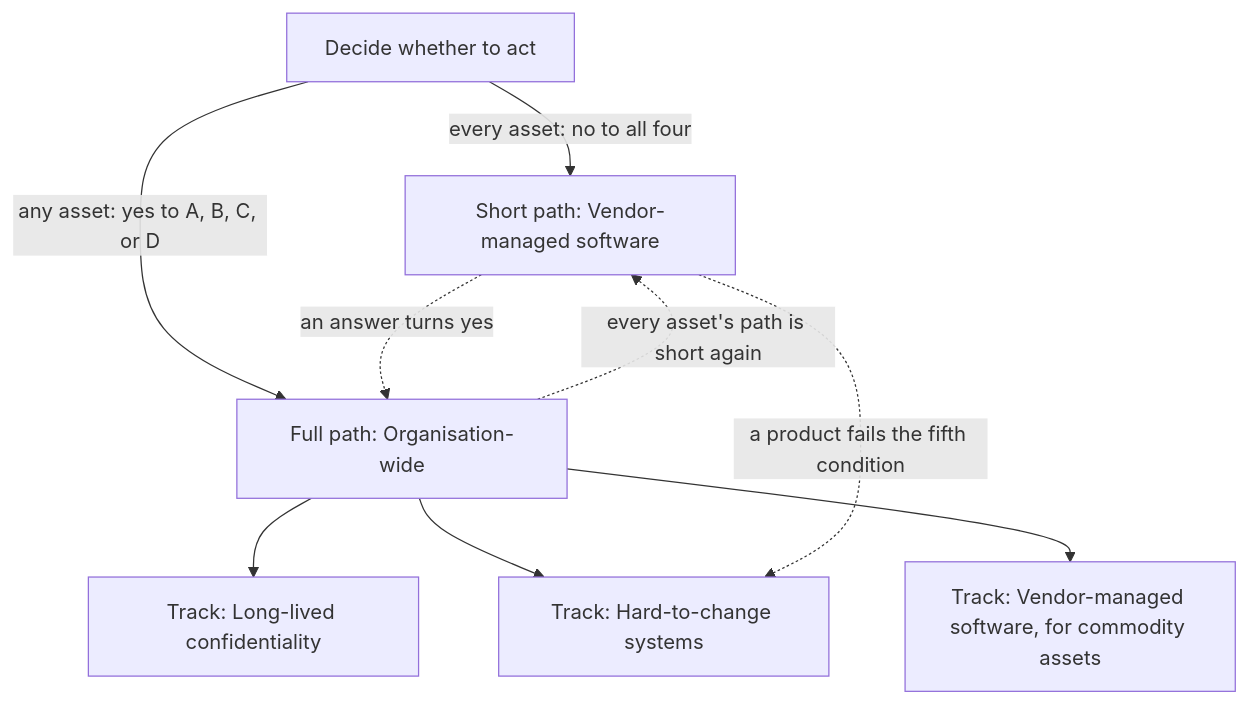
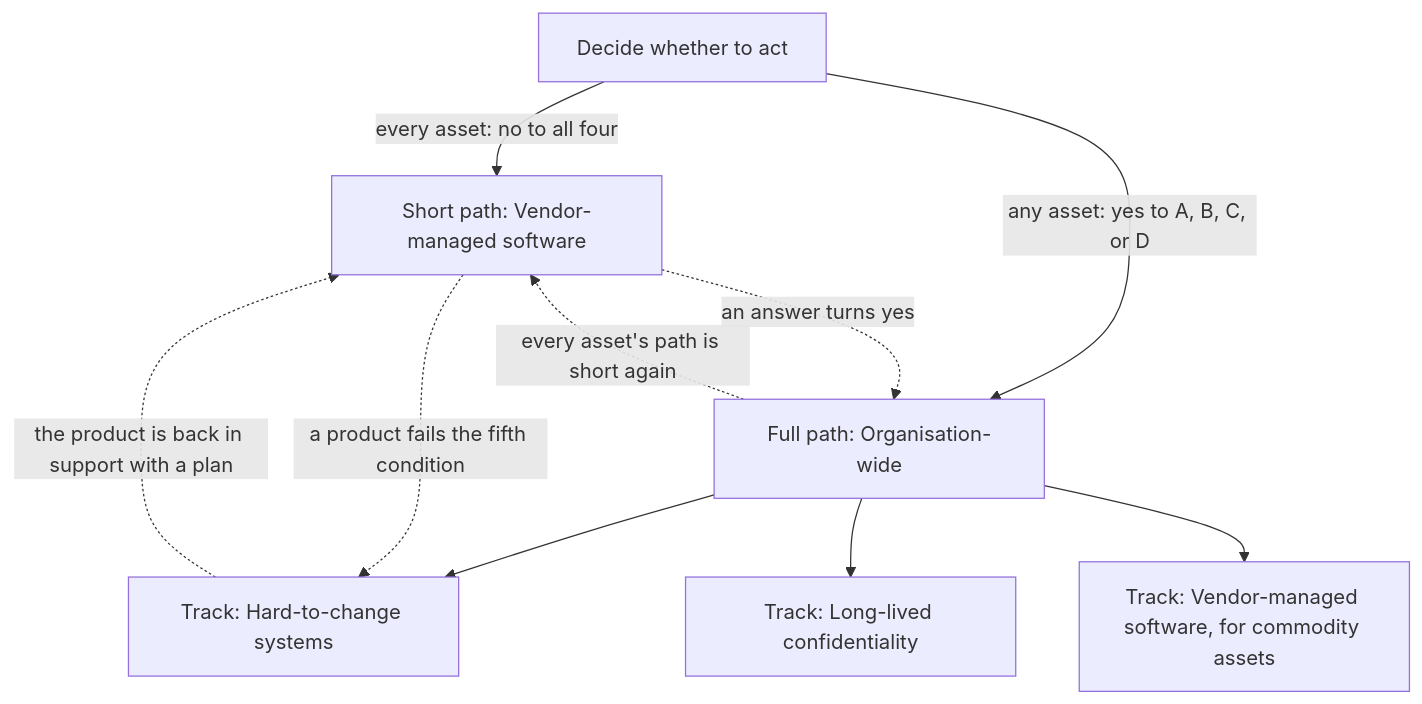
One commit to pqc-community/handbook changed the diagram in docs/routes/index.md. Above: the diagram before and after it, drawn with Mermaid. The commit also changed other lines of this file and 7 other files, not shown here.

````diff
--- a/docs/routes/index.md
+++ b/docs/routes/index.md
@@ -17,11 +17,12 @@
 ```mermaid
 flowchart TD
     D[Decide whether to act] -->|every asset: no to all four| S[Short path: Vendor-managed software]
     D -->|any asset: yes to A, B, C, or D| O[Full path: Organisation-wide]
     O --> LL[Track: Long-lived confidentiality]
     O --> HC[Track: Hard-to-change systems]
     O --> VM[Track: Vendor-managed software, for commodity assets]
     S -.->|an answer turns yes| O
     S -.->|a product fails the fifth condition| HC
+    HC -.->|the product is back in support with a plan| S
     O -.->|every asset's path is short again| S
 ```
````
